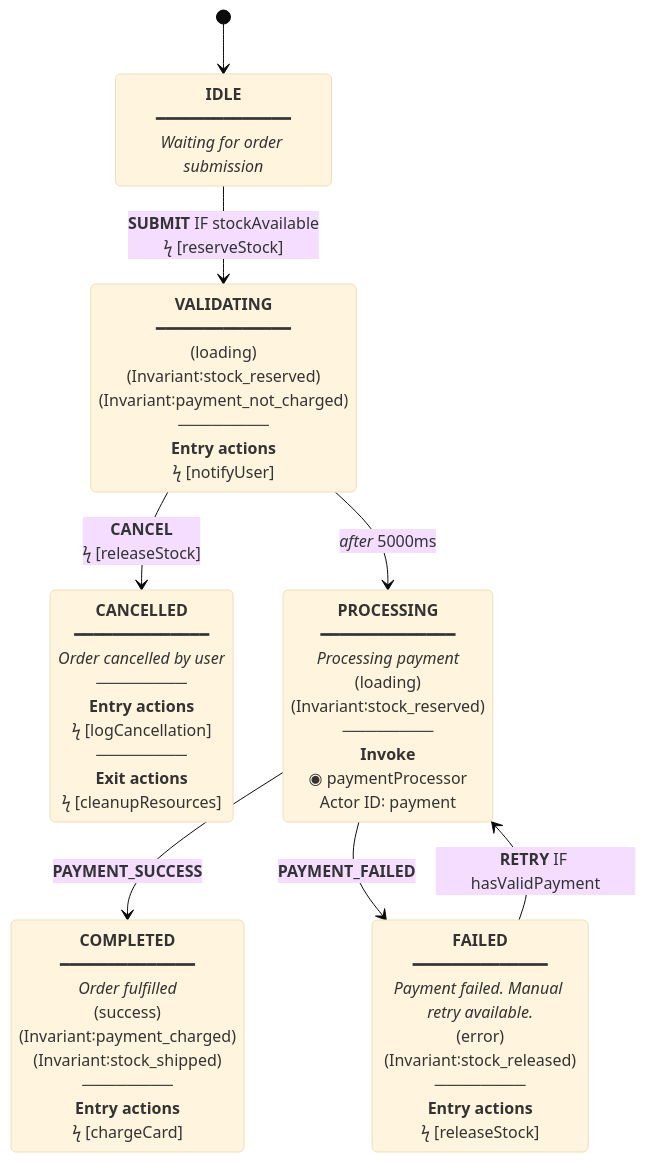
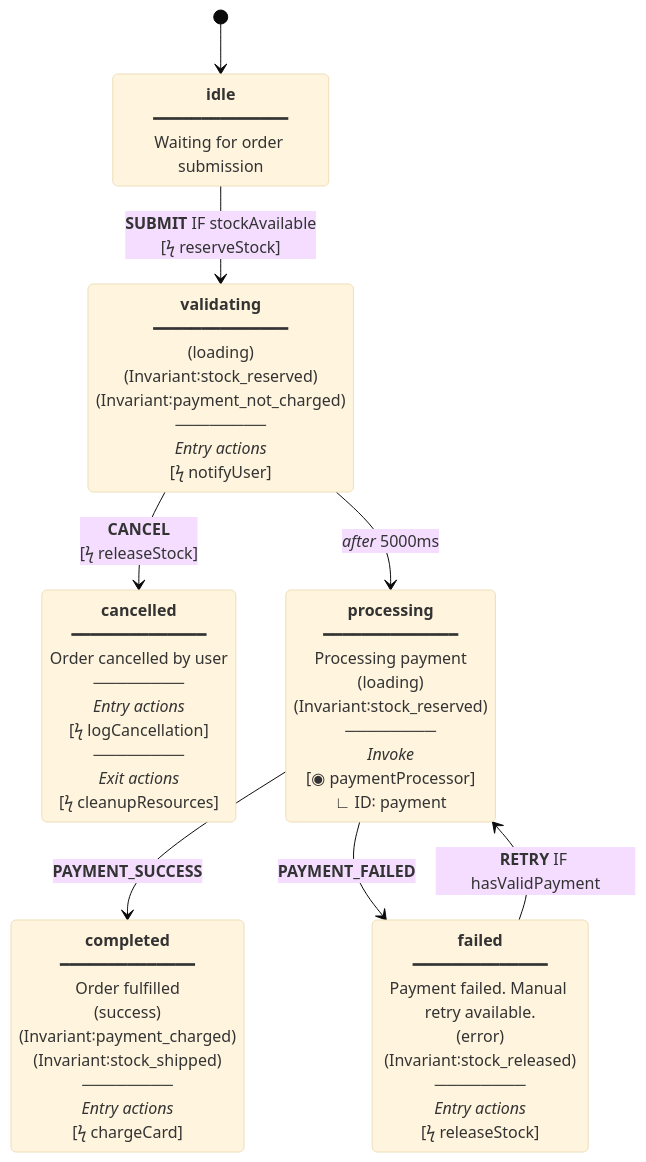
Before and after one commit to zitongcharliedeng/xstate-ts-to-mermaid: the diagram in README.md, drawn with Mermaid (base theme). The commit also changed other lines of this file and 2 other files, not shown here.

Commit message:
fix: match Stately.ai styling - lowercase names, lightning inside brackets, actor boxes
- State names: lowercase (idle, validating) like Stately.ai
- Descriptions: plain text (not italic)
- Section labels: italic for lighter feel
- Actions: [ϟ action] - lightning INSIDE brackets
- Invoke actors: [◉ actor] - in brackets like actions
- Actor ID: ∟ ID∶ as subtext indicator

````diff
--- a/README.md
+++ b/README.md
@@ -45,16 +46,16 @@
 ```mermaid
 stateDiagram-v2
     [*] --> idle
-    idle: <b>IDLE</b><br/>━━━━━━━━━━━━━━<br/><i>Waiting for order submission</i>
-    idle --> validating: <b>SUBMIT</b> IF stockAvailable<br/>ϟ [reserveStock]
-    validating: <b>VALIDATING</b><br/>━━━━━━━━━━━━━━<br/>(loading)<br/>(Invariant∶stock_reserved)<br/>(Invariant∶payment_not_charged)<br/>────────<br/><b>Entry actions</b><br/>ϟ [notifyUser]
-    validating --> cancelled: <b>CANCEL</b><br/>ϟ [releaseStock]
+    idle: <b>idle</b><br/>━━━━━━━━━━━━━━<br/>Waiting for order submission
+    idle --> validating: <b>SUBMIT</b> IF stockAvailable<br/>[ϟ reserveStock]
+    validating: <b>validating</b><br/>━━━━━━━━━━━━━━<br/>(loading)<br/>(Invariant∶stock_reserved)<br/>(Invariant∶payment_not_charged)<br/>────────<br/><i>Entry actions</i><br/>[ϟ notifyUser]
+    validating --> cancelled: <b>CANCEL</b><br/>[ϟ releaseStock]
     validating --> processing: <i>after</i> 5000ms
-    processing: <b>PROCESSING</b><br/>━━━━━━━━━━━━━━<br/><i>Processing payment</i><br/>(loading)<br/>(Invariant∶stock_reserved)<br/>────────<br/><b>Invoke</b><br/>◉ paymentProcessor<br/>Actor ID∶ payment
+    processing: <b>processing</b><br/>━━━━━━━━━━━━━━<br/>Processing payment<br/>(loading)<br/>(Invariant∶stock_reserved)<br/>────────<br/><i>Invoke</i><br/>[◉ paymentProcessor]<br/>∟ ID∶ payment
     processing --> completed: <b>PAYMENT_SUCCESS</b>
     processing --> failed: <b>PAYMENT_FAILED</b>
-    completed: <b>COMPLETED</b><br/>━━━━━━━━━━━━━━<br/><i>Order fulfilled</i><br/>(success)<br/>(Invariant∶payment_charged)<br/>(Invariant∶stock_shipped)<br/>────────<br/><b>Entry actions</b><br/>ϟ [chargeCard]
-    failed: <b>FAILED</b><br/>━━━━━━━━━━━━━━<br/><i>Payment failed. Manual retry available.</i><br/>(error)<br/>(Invariant∶stock_released)<br/>────────<br/><b>Entry actions</b><br/>ϟ [releaseStock]
+    completed: <b>completed</b><br/>━━━━━━━━━━━━━━<br/>Order fulfilled<br/>(success)<br/>(Invariant∶payment_charged)<br/>(Invariant∶stock_shipped)<br/>────────<br/><i>Entry actions</i><br/>[ϟ chargeCard]
+    failed: <b>failed</b><br/>━━━━━━━━━━━━━━<br/>Payment failed. Manual retry available.<br/>(error)<br/>(Invariant∶stock_released)<br/>────────<br/><i>Entry actions</i><br/>[ϟ releaseStock]
     failed --> processing: <b>RETRY</b> IF hasValidPayment
-    cancelled: <b>CANCELLED</b><br/>━━━━━━━━━━━━━━<br/><i>Order cancelled by user</i><br/>────────<br/><b>Entry actions</b><br/>ϟ [logCancellation]<br/>────────<br/><b>Exit actions</b><br/>ϟ [cleanupResources]
+    cancelled: <b>cancelled</b><br/>━━━━━━━━━━━━━━<br/>Order cancelled by user<br/>────────<br/><i>Entry actions</i><br/>[ϟ logCancellation]<br/>────────<br/><i>Exit actions</i><br/>[ϟ cleanupResources]
 ```
````
